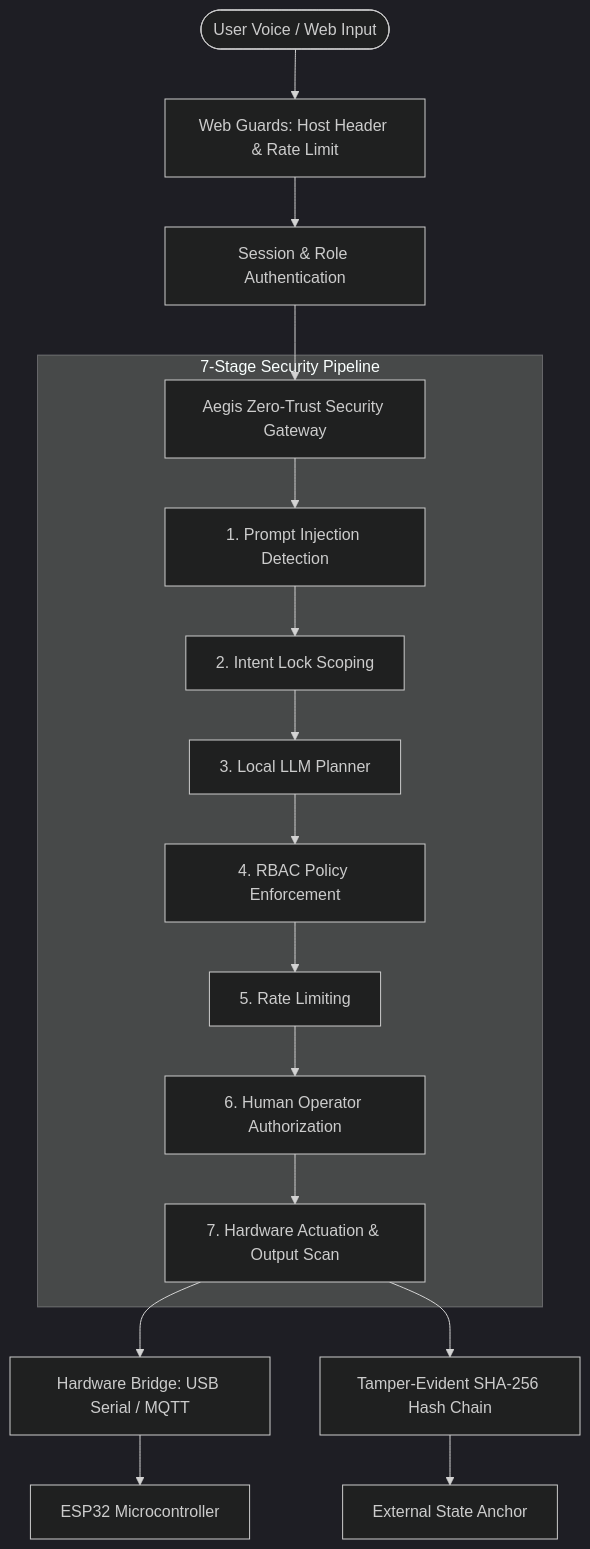
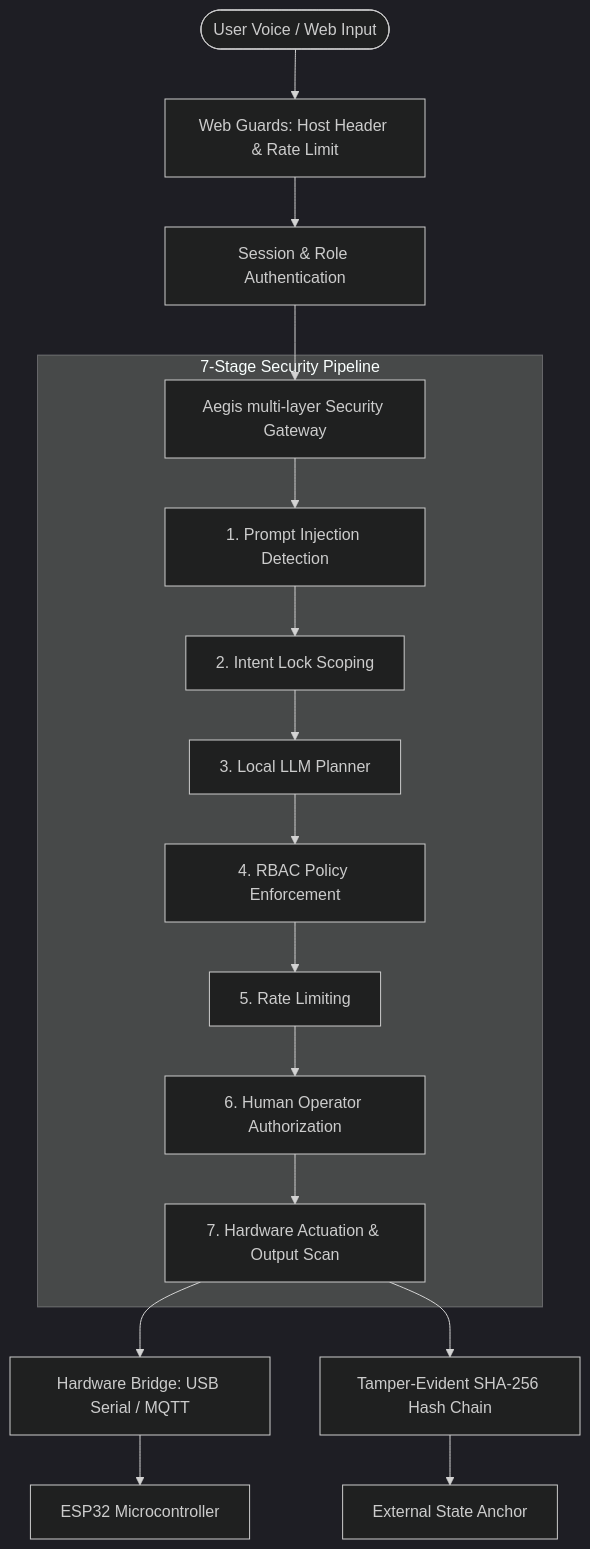
Before and after one commit to Kavy-Sharma/AegisAgent: the diagram in AUDIT_REPORT.md, drawn with Mermaid (dark theme). The commit also changed other lines of this file and 15 other files, not shown here.

````diff
--- a/AUDIT_REPORT.md
+++ b/AUDIT_REPORT.md
@@ -16,21 +16,21 @@
 ```mermaid
 flowchart TD
     User([User Voice / Web Input]) --> WebGuards[Web Guards: Host Header & Rate Limit]
     WebGuards --> Auth[Session & Role Authentication]
-    Auth --> Gateway[Aegis Zero-Trust Security Gateway]
+    Auth --> Gateway[Aegis multi-layer Security Gateway]
     
     subgraph Pipeline [7-Stage Security Pipeline]
         Gateway --> Stage1[1. Prompt Injection Detection]
         Stage1 --> Stage2[2. Intent Lock Scoping]
         Stage2 --> Stage3[3. Local LLM Planner]
         Stage3 --> Stage4[4. RBAC Policy Enforcement]
         Stage4 --> Stage5[5. Rate Limiting]
         Stage5 --> Stage6[6. Human Operator Authorization]
         Stage6 --> Stage7[7. Hardware Actuation & Output Scan]
     end
     
     Stage7 --> Bridge[Hardware Bridge: USB Serial / MQTT]
     Bridge --> ESP32[ESP32 Microcontroller]
     Stage7 --> Audit[Tamper-Evident SHA-256 Hash Chain]
     Audit --> Anchor[External State Anchor]
 ```
````
